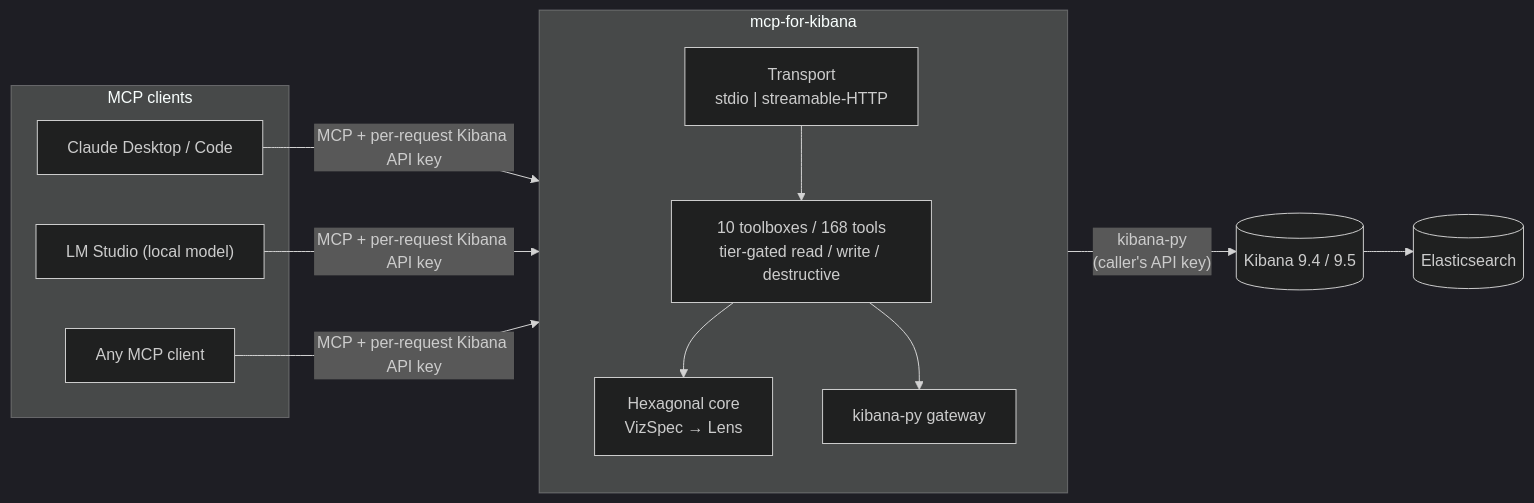
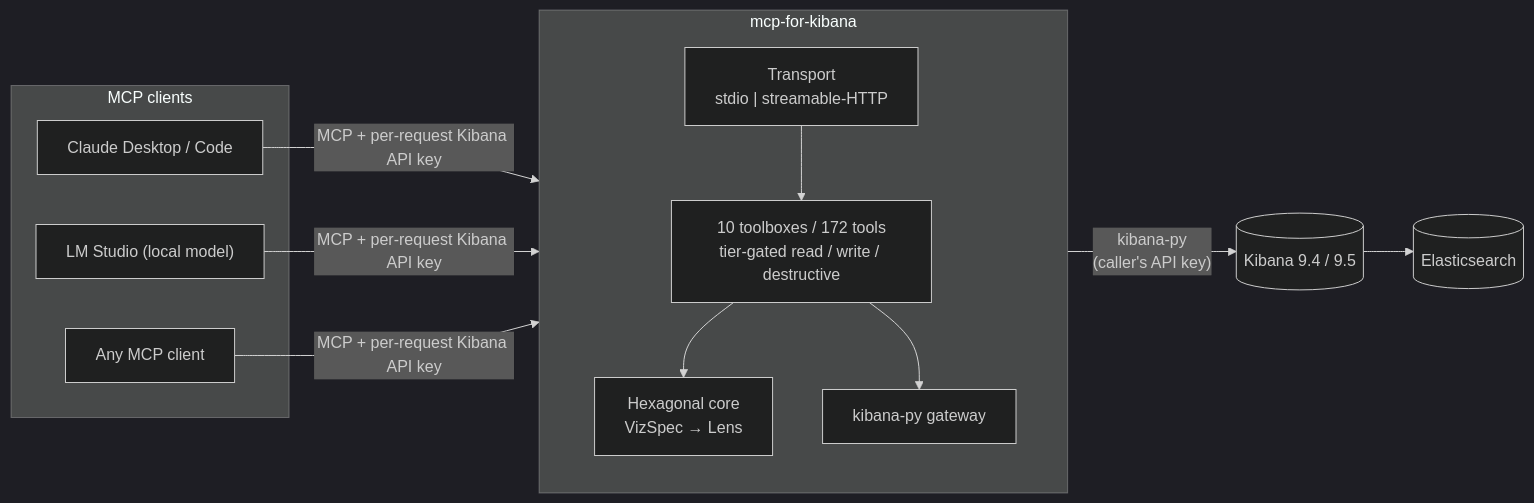
One commit to pedro-angel/mcp-for-kibana changed the first of 4 diagrams in docs/architecture.md. Above: the diagram before and after it, drawn with Mermaid (dark theme). The commit also changed other lines of this file and 25 other files, not shown here.

````diff
--- a/docs/architecture.md
+++ b/docs/architecture.md
@@ -14,23 +14,23 @@
 ```mermaid
 flowchart LR
     subgraph clients["MCP clients"]
         Claude["Claude Desktop / Code"]
         LMS["LM Studio (local model)"]
         Other["Any MCP client"]
     end
     subgraph server["mcp-for-kibana"]
         direction TB
         Transport["Transport<br/>stdio | streamable-HTTP"]
-        Toolboxes["10 toolboxes / 168 tools<br/>tier-gated read / write / destructive"]
+        Toolboxes["10 toolboxes / 172 tools<br/>tier-gated read / write / destructive"]
         Core["Hexagonal core<br/>VizSpec → Lens"]
         Gateway["kibana-py gateway"]
         Transport --> Toolboxes --> Core
         Toolboxes --> Gateway
     end
     ES[("Elasticsearch")]
     Kibana[("Kibana 9.4 / 9.5")]
 
     Claude & LMS & Other -->|"MCP + per-request Kibana API key"| Transport
     Gateway -->|"kibana-py<br/>(caller's API key)"| Kibana
     Kibana --> ES
 ```
````
